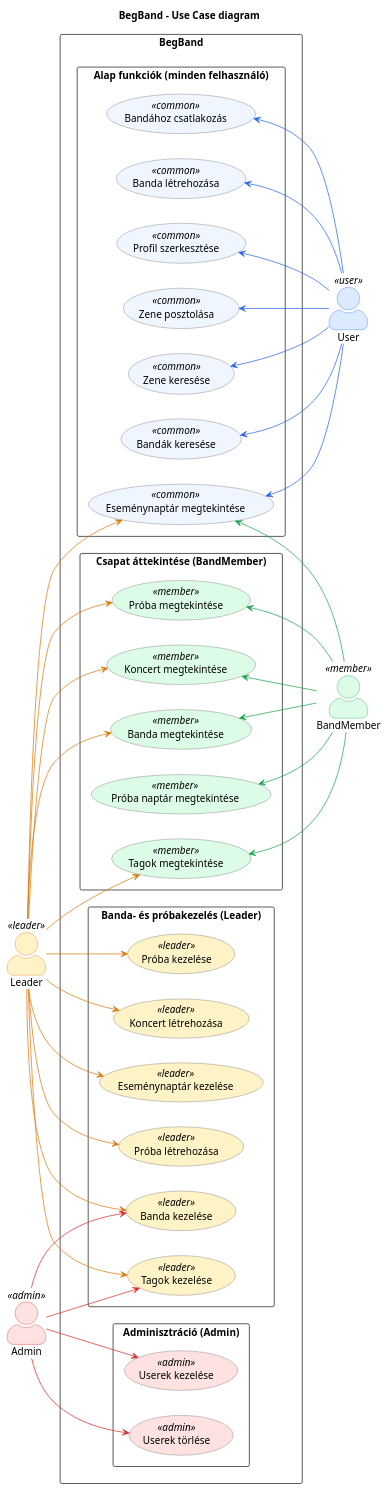
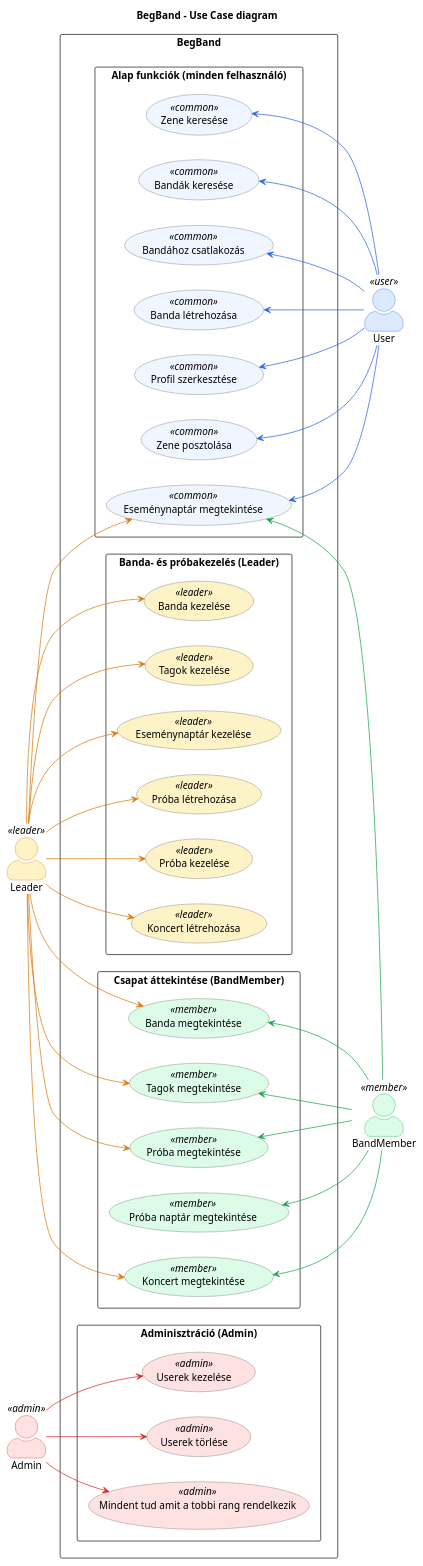
One commit to Kiyo200/BandDiagram changed the diagram in UseCase.puml. Above: the diagram before and after it, drawn with PlantUML. The commit also changed 1 other file, not shown here.

Commit message:
Admin a usecasben és teljes Activity diagram done

```diff
--- a/UseCase.puml
+++ b/UseCase.puml
@@ -1,98 +1,100 @@
 @startuml UseCase
 
 left to right direction
 skinparam packageStyle rectangle
 skinparam actorStyle awesome
 skinparam usecase {
     BackgroundColor<<common>> #EFF6FF
     BackgroundColor<<leader>> #FEF3C7
     BackgroundColor<<admin>> #FEE2E2
     BackgroundColor<<member>> #DCFCE7
     BorderColor #666666
 }
 skinparam actor {
     BackgroundColor<<leader>> #FEF3C7
     BorderColor<<leader>> #D97706
     BackgroundColor<<admin>> #FEE2E2
     BorderColor<<admin>> #DC2626
     BackgroundColor<<user>> #DBEAFE
     BorderColor<<user>> #2563EB
     BackgroundColor<<member>> #DCFCE7
     BorderColor<<member>> #16A34A
 }
 
 title BegBand - Use Case diagram
 
 actor "Leader" as Leader <<leader>>
 actor "Admin" as Admin <<admin>>
 actor "User" as User <<user>>
 actor "BandMember" as BandMember <<member>>
 
 rectangle "BegBand" {
 
     package "Alap funkciók (minden felhasználó)" {
         usecase "Zene keresése" as UC_ZeneKereses <<common>>
         usecase "Bandák keresése" as UC_BandakKereses <<common>>
         usecase "Bandához csatlakozás" as UC_BandaCsatlakozas <<common>>
         usecase "Banda létrehozása" as UC_BandaLetrehozas <<common>>
         usecase "Profil szerkesztése" as UC_ProfilSzerk <<common>>
         usecase "Zene posztolása" as UC_ZenePoszt <<common>>
         usecase "Eseménynaptár megtekintése" as UC_NaptarMegtekintes <<common>>
     }
 
     package "Banda- és próbakezelés (Leader)" {
         usecase "Banda kezelése" as UC_BandaKezeles <<leader>>
         usecase "Tagok kezelése" as UC_TagokKezeles <<leader>>
         usecase "Eseménynaptár kezelése" as UC_NaptarKezeles <<leader>>
         usecase "Próba létrehozása" as UC_ProbaLetrehozas <<leader>>
         usecase "Próba kezelése" as UC_ProbaKezeles <<leader>>
         usecase "Koncert létrehozása" as UC_KoncertLetrehozas <<leader>>
     }
 
     package "Csapat áttekintése (BandMember)" {
         usecase "Banda megtekintése" as UC_BandaMegtekintese <<member>>
         usecase "Tagok megtekintése" as UC_TagokMegtekintese <<member>>
         usecase "Próba megtekintése" as UC_ProbaMegtekintes <<member>>
         usecase "Próba naptár megtekintése" as UC_ProbaNaptárMegtekintes <<member>>
         usecase "Koncert megtekintése" as UC_KoncertMegtekintese <<member>>
     }
 
     package "Adminisztráció (Admin)" {
         usecase "Userek kezelése" as UC_UserekKezeles <<admin>>
         usecase "Userek törlése" as UC_UserekTorles <<admin>>
+        usecase "Mindent tud amit a tobbi rang rendelkezik" as UC_AdminMinden <<admin>>
     }
 }
 
 Leader -[#D97706]-> UC_BandaKezeles
 Leader -[#D97706]-> UC_TagokKezeles
 Leader -[#D97706]-> UC_NaptarKezeles
 Leader -[#D97706]-> UC_ProbaLetrehozas
 Leader -[#D97706]-> UC_ProbaKezeles
 Leader -[#D97706]-> UC_ProbaMegtekintes
 Leader -[#D97706]-> UC_KoncertLetrehozas
 Leader -[#D97706]-> UC_NaptarMegtekintes
 Leader -[#D97706]-> UC_BandaMegtekintese
 Leader -[#D97706]-> UC_TagokMegtekintese
 Leader -[#D97706]-> UC_KoncertMegtekintese
 
-Admin -[#DC2626]-> UC_BandaKezeles
-Admin -[#DC2626]-> UC_TagokKezeles
+
+
 Admin -[#DC2626]-> UC_UserekKezeles
 Admin -[#DC2626]-> UC_UserekTorles
+Admin -[#DC2626]-> UC_AdminMinden
 
 UC_ZeneKereses <-[#2563EB]- User
 UC_BandakKereses <-[#2563EB]- User
 UC_BandaCsatlakozas <-[#2563EB]- User
 UC_BandaLetrehozas <-[#2563EB]- User
 UC_ProfilSzerk <-[#2563EB]- User
 UC_ZenePoszt <-[#2563EB]- User
 UC_NaptarMegtekintes <-[#2563EB]- User
 
 UC_NaptarMegtekintes <-[#16A34A]- BandMember
 UC_BandaMegtekintese <-[#16A34A]- BandMember
 UC_TagokMegtekintese <-[#16A34A]- BandMember
 UC_ProbaMegtekintes <-[#16A34A]- BandMember
 UC_ProbaNaptárMegtekintes <-[#16A34A]- BandMember
 UC_KoncertMegtekintese <-[#16A34A]- BandMember
 
 @enduml
```
